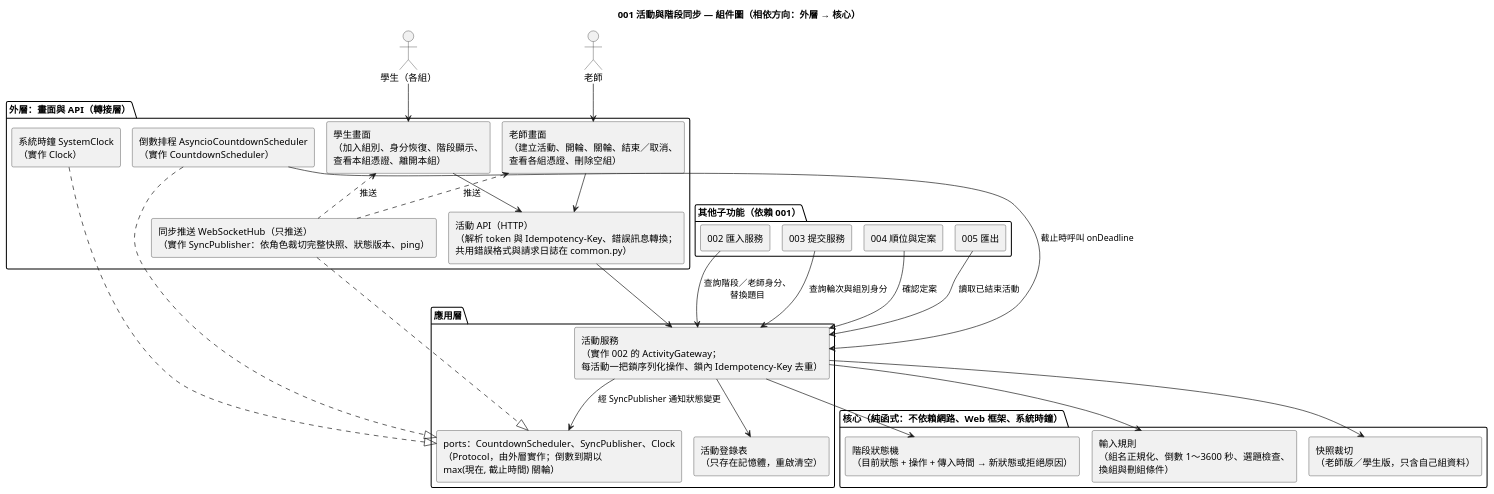
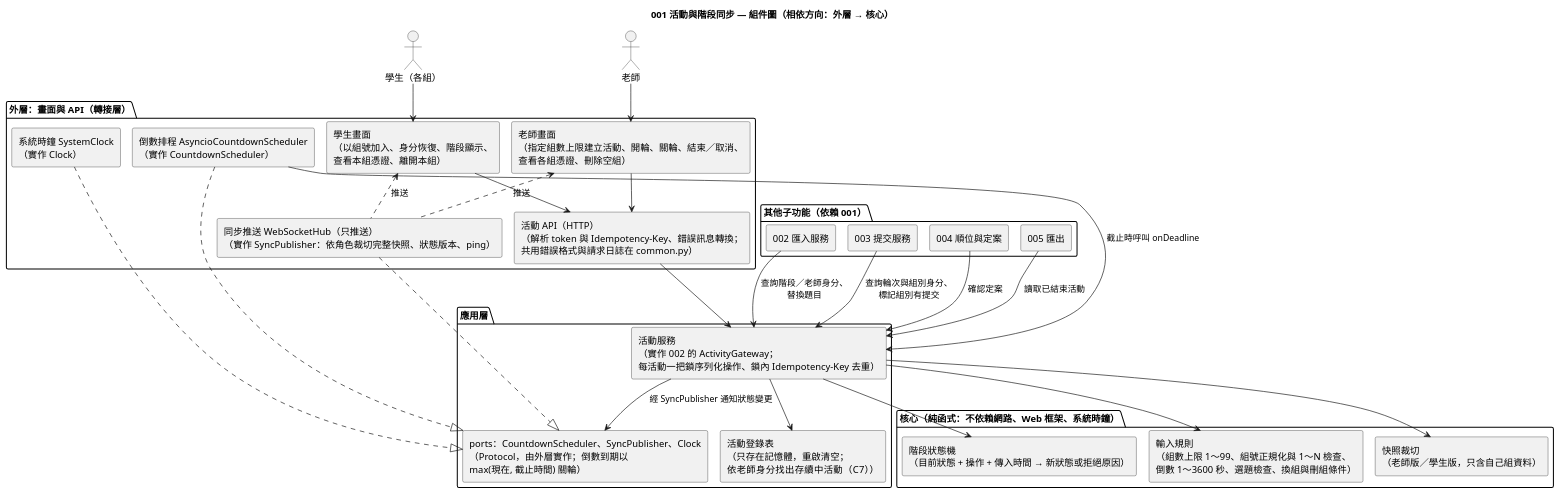
The diagram in diagrams/001-activity-session-component.puml (EricC430/lecture-answer-first_group16_speckit), drawn with PlantUML before and after one commit. The commit also changed 9 other files, not shown here.

First line of the commit message:
docs: 001 speckit-plan 依 clarify 更新 plan、研究、資料模型、契約、quickstart 與圖

```diff
--- a/diagrams/001-activity-session-component.puml
+++ b/diagrams/001-activity-session-component.puml
@@ -1,58 +1,58 @@
 @startuml 001-activity-session-component
 !pragma layout smetana
 skinparam defaultFontName "Microsoft JhengHei"
 skinparam componentStyle rectangle
 title 001 活動與階段同步 — 組件圖（相依方向：外層 → 核心）
 
 actor "老師" as Teacher
 actor "學生（各組）" as Student
 
 package "外層：畫面與 API（轉接層）" {
-  [老師畫面\n（建立活動、開輪、關輪、結束／取消、\n查看各組憑證、刪除空組）] as TeacherUI
-  [學生畫面\n（加入組別、身分恢復、階段顯示、\n查看本組憑證、離開本組）] as StudentUI
+  [老師畫面\n（指定組數上限建立活動、開輪、關輪、結束／取消、\n查看各組憑證、刪除空組）] as TeacherUI
+  [學生畫面\n（以組號加入、身分恢復、階段顯示、\n查看本組憑證、離開本組）] as StudentUI
   [活動 API（HTTP）\n（解析 token 與 Idempotency-Key、錯誤訊息轉換；\n共用錯誤格式與請求日誌在 common.py）] as Api
   [同步推送 WebSocketHub（只推送）\n（實作 SyncPublisher：依角色裁切完整快照、狀態版本、ping）] as Sync
   [倒數排程 AsyncioCountdownScheduler\n（實作 CountdownScheduler）] as TimerImpl
   [系統時鐘 SystemClock\n（實作 Clock）] as ClockImpl
 }
 
 package "應用層" {
   [活動服務\n（實作 002 的 ActivityGateway；\n每活動一把鎖序列化操作、鎖內 Idempotency-Key 去重）] as Service
   [ports：CountdownScheduler、SyncPublisher、Clock\n（Protocol，由外層實作；倒數到期以\nmax(現在, 截止時間) 關輪）] as Ports
-  [活動登錄表\n（只存在記憶體，重啟清空）] as Registry
+  [活動登錄表\n（只存在記憶體，重啟清空；\n依老師身分找出存續中活動（C7））] as Registry
 }
 
 package "核心（純函式：不依賴網路、Web 框架、系統時鐘）" {
   [階段狀態機\n（目前狀態 + 操作 + 傳入時間 → 新狀態或拒絕原因）] as StateMachine
-  [輸入規則\n（組名正規化、倒數 1～3600 秒、選題檢查、\n換組與刪組條件）] as Rules
+  [輸入規則\n（組數上限 1～99、組號正規化與 1～N 檢查、\n倒數 1～3600 秒、選題檢查、換組與刪組條件）] as Rules
   [快照裁切\n（老師版／學生版，只含自己組資料）] as View
 }
 
 package "其他子功能（依賴 001）" {
   [002 匯入服務] as Import
   [003 提交服務] as Submit
   [004 順位與定案] as Ranking
   [005 匯出] as Export
 }
 
 Teacher --> TeacherUI
 Student --> StudentUI
 TeacherUI --> Api
 StudentUI --> Api
 TeacherUI <.. Sync : 推送
 StudentUI <.. Sync : 推送
 Api --> Service
 TimerImpl ..|> Ports
 Sync ..|> Ports
 ClockImpl ..|> Ports
 TimerImpl --> Service : 截止時呼叫 onDeadline
 Service --> Registry
 Service --> StateMachine
 Service --> Rules
 Service --> View
 Service --> Ports : 經 SyncPublisher 通知狀態變更
 Import --> Service : 查詢階段／老師身分、\n替換題目
-Submit --> Service : 查詢輪次與組別身分
+Submit --> Service : 查詢輪次與組別身分、\n標記組別有提交
 Ranking --> Service : 確認定案
 Export --> Service : 讀取已結束活動
 @enduml
```
